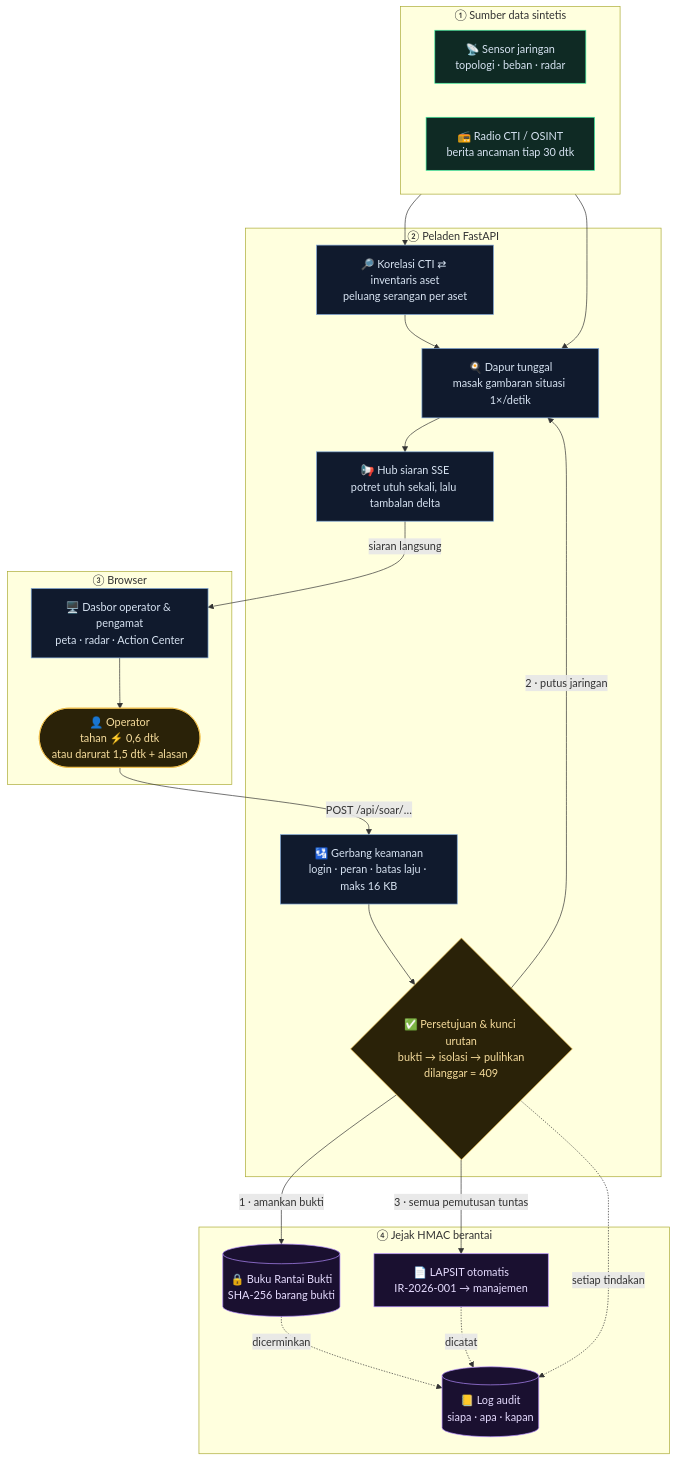
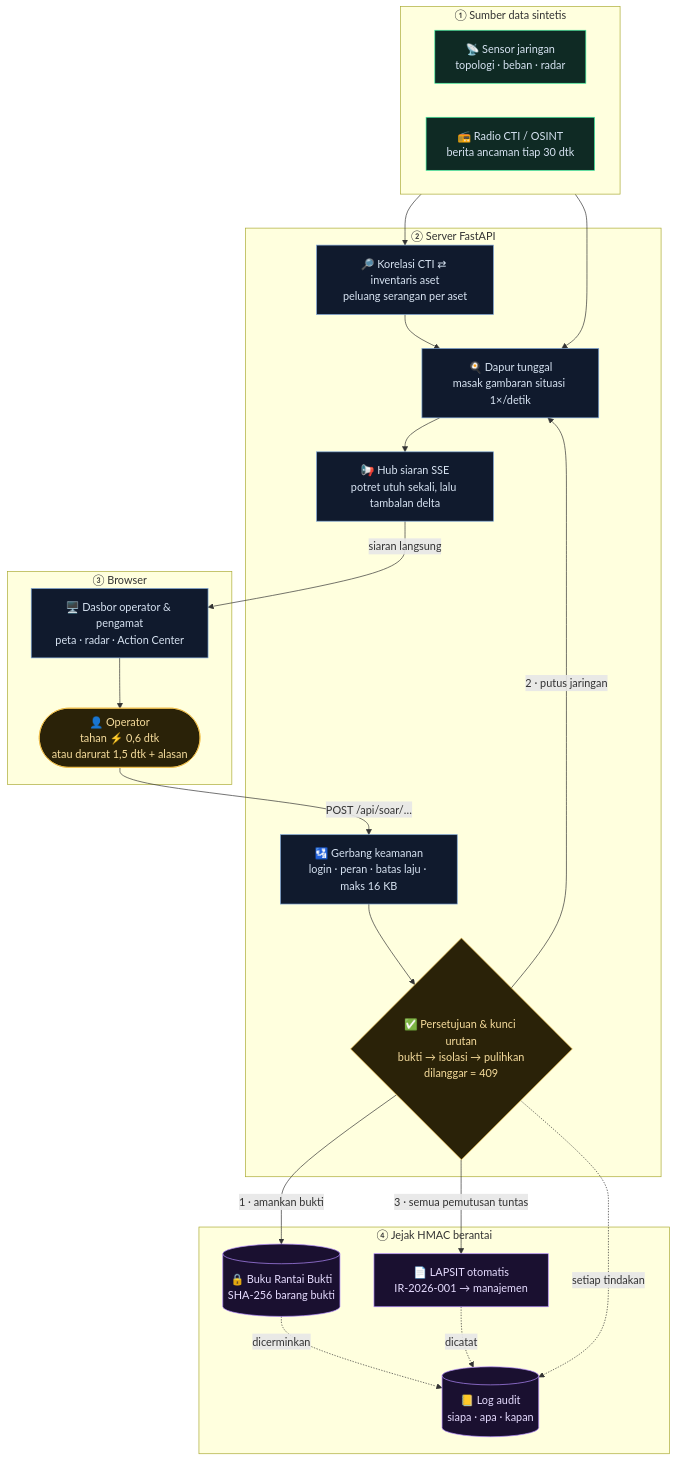
One commit to pisangsisir/Nusantara-Shield-v5.2 changed the first of 2 diagrams in README.md. Above: the diagram before and after it, drawn with Mermaid. The commit also changed other lines of this file and 3 other files, not shown here.

````diff
--- a/README.md
+++ b/README.md
@@ -119,47 +122,47 @@
 ```mermaid
 flowchart TB
     subgraph S1["① Sumber data sintetis"]
         direction LR
         SENSOR["📡 Sensor jaringan<br/>topologi · beban · radar"]
         OSINT["📻 Radio CTI / OSINT<br/>berita ancaman tiap 30 dtk"]
     end
 
-    subgraph S2["② Peladen FastAPI"]
+    subgraph S2["② Server FastAPI"]
         KORELASI["🔎 Korelasi CTI ⇄ inventaris aset<br/>peluang serangan per aset"]
         DAPUR["🍳 Dapur tunggal<br/>masak gambaran situasi 1×/detik"]
         HUB["📢 Hub siaran SSE<br/>potret utuh sekali, lalu tambalan delta"]
         GERBANG["🛂 Gerbang keamanan<br/>login · peran · batas laju · maks 16 KB"]
         APPROVAL{"✅ Persetujuan & kunci urutan<br/>bukti → isolasi → pulihkan<br/>dilanggar = 409"}
     end
 
     subgraph S3["③ Browser"]
         DASBOR["🖥️ Dasbor operator & pengamat<br/>peta · radar · Action Center"]
         OPERATOR(["👤 Operator<br/>tahan ⚡ 0,6 dtk<br/>atau darurat 1,5 dtk + alasan"])
     end
 
     subgraph S4["④ Jejak HMAC berantai"]
         BUKTI[("🔒 Buku Rantai Bukti<br/>SHA-256 barang bukti")]
         LAPSIT["📄 LAPSIT otomatis<br/>IR-2026-001 → manajemen"]
         AUDIT[("📒 Log audit<br/>siapa · apa · kapan")]
     end
 
     SENSOR --> DAPUR
     OSINT --> KORELASI --> DAPUR
     DAPUR --> HUB -->|"siaran langsung"| DASBOR
     DASBOR --> OPERATOR -->|"POST /api/soar/…"| GERBANG --> APPROVAL
     APPROVAL -->|"1 · amankan bukti"| BUKTI
     APPROVAL -->|"2 · putus jaringan"| DAPUR
     APPROVAL -->|"3 · semua pemutusan tuntas"| LAPSIT
     BUKTI -.->|"dicerminkan"| AUDIT
     LAPSIT -.->|"dicatat"| AUDIT
     APPROVAL -.->|"setiap tindakan"| AUDIT
 
     classDef sumber fill:#0f2a24,stroke:#3ef0a1,color:#d7e3f2
     classDef peladen fill:#101a2d,stroke:#7aa2d6,color:#d7e3f2
     classDef keputusan fill:#2a2208,stroke:#f2c14e,color:#f6dc9c
     classDef jejak fill:#1a1030,stroke:#b48cff,color:#e6dcff
     class SENSOR,OSINT sumber
     class KORELASI,DAPUR,HUB,GERBANG,DASBOR peladen
     class APPROVAL,OPERATOR keputusan
     class BUKTI,LAPSIT,AUDIT jejak
 ```
````
